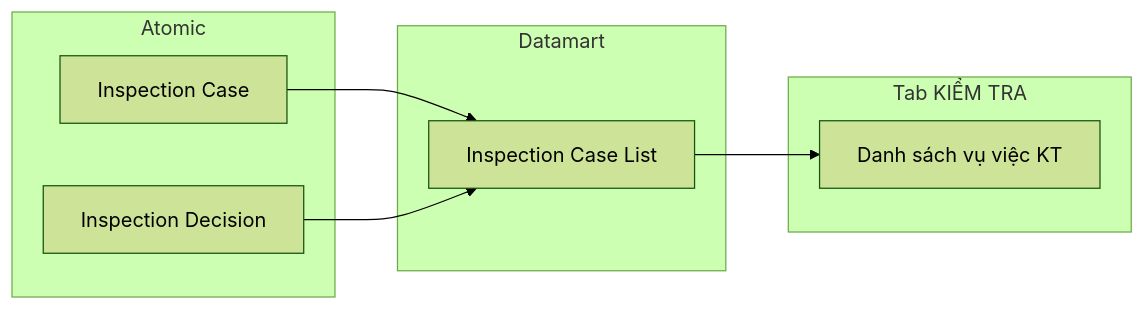
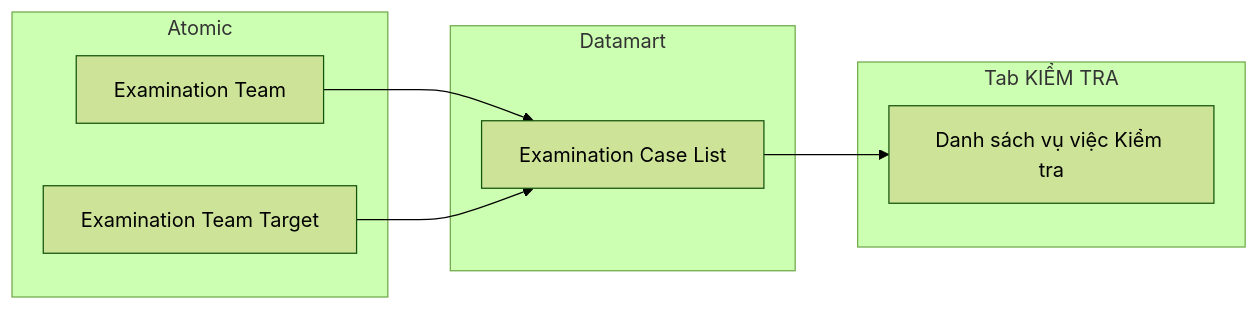
Before and after one commit to linhlvit/ubck_atomic_design: diagram 28 of 43 in Datamart/hld/DTM_TT_HLD.md, drawn with Mermaid (forest theme). The commit also changed other lines of this file and 9 other files, not shown here.

````diff
--- a/Datamart/hld/DTM_TT_HLD.md
+++ b/Datamart/hld/DTM_TT_HLD.md
@@ -654,16 +1025,16 @@
 ```mermaid
 flowchart LR
     subgraph SIL["Atomic"]
-        SV1["Inspection Case"]
-        SV2["Inspection Decision"]
+        SV1["Examination Team"]
+        SV2["Examination Team Target"]
     end
     subgraph Datamart["Datamart"]
-        G1["Inspection Case List"]
+        G1["Examination Case List"]
     end
     subgraph RPT["Tab KIỂM TRA"]
-        R1["Danh sách vụ việc KT"]
+        R1["Danh sách vụ việc Kiểm tra"]
     end
     SV1 --> G1
     SV2 --> G1
     G1 --> R1
 ```
````
